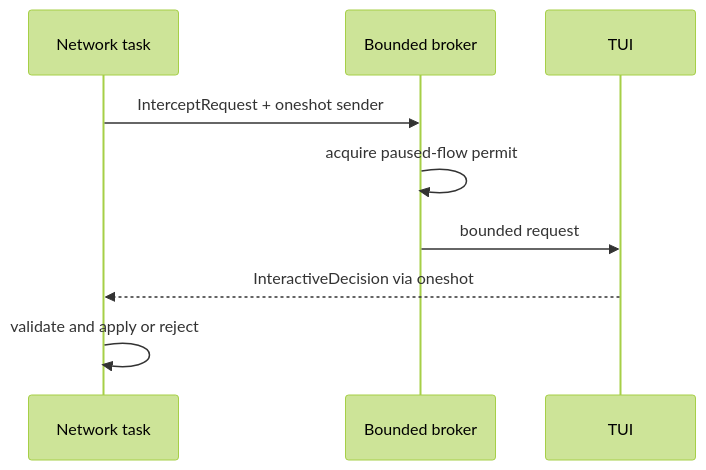
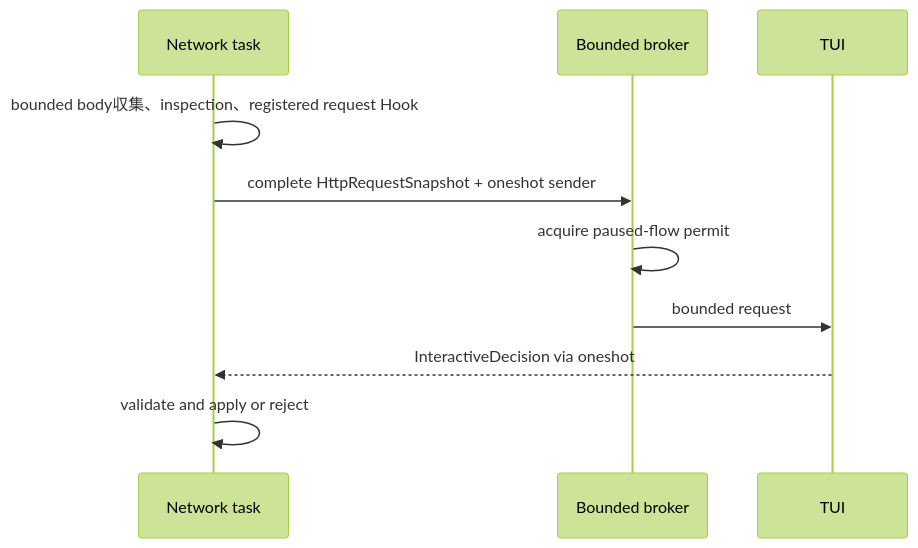
The diagram in docs/src/content/docs/ja/developer/hooks.md (karanabe/freja), drawn with Mermaid (forest theme) before and after one commit. The commit also changed other lines of this file and 19 other files, not shown here.

First line of the commit message:
docs: document bounded TUI traffic inspection

````diff
--- a/docs/src/content/docs/ja/developer/hooks.md
+++ b/docs/src/content/docs/ja/developer/hooks.md
@@ -39,11 +39,12 @@
 ```mermaid
 sequenceDiagram
     participant Flow as Network task
     participant Broker as Bounded broker
     participant TUI
-    Flow->>Broker: InterceptRequest + oneshot sender
+    Flow->>Flow: bounded body収集、inspection、registered request Hook
+    Flow->>Broker: complete HttpRequestSnapshot + oneshot sender
     Broker->>Broker: acquire paused-flow permit
     Broker->>TUI: bounded request
     TUI-->>Flow: InteractiveDecision via oneshot
     Flow->>Flow: validate and apply or reject
 ```
````
